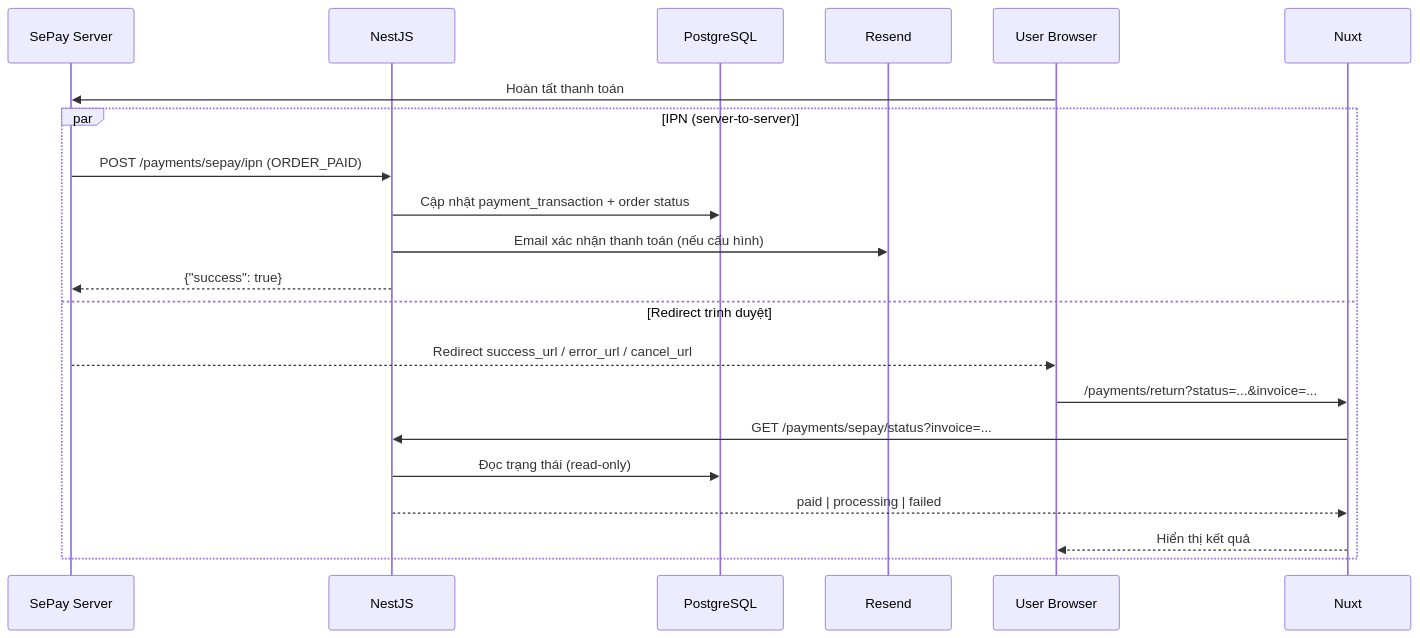
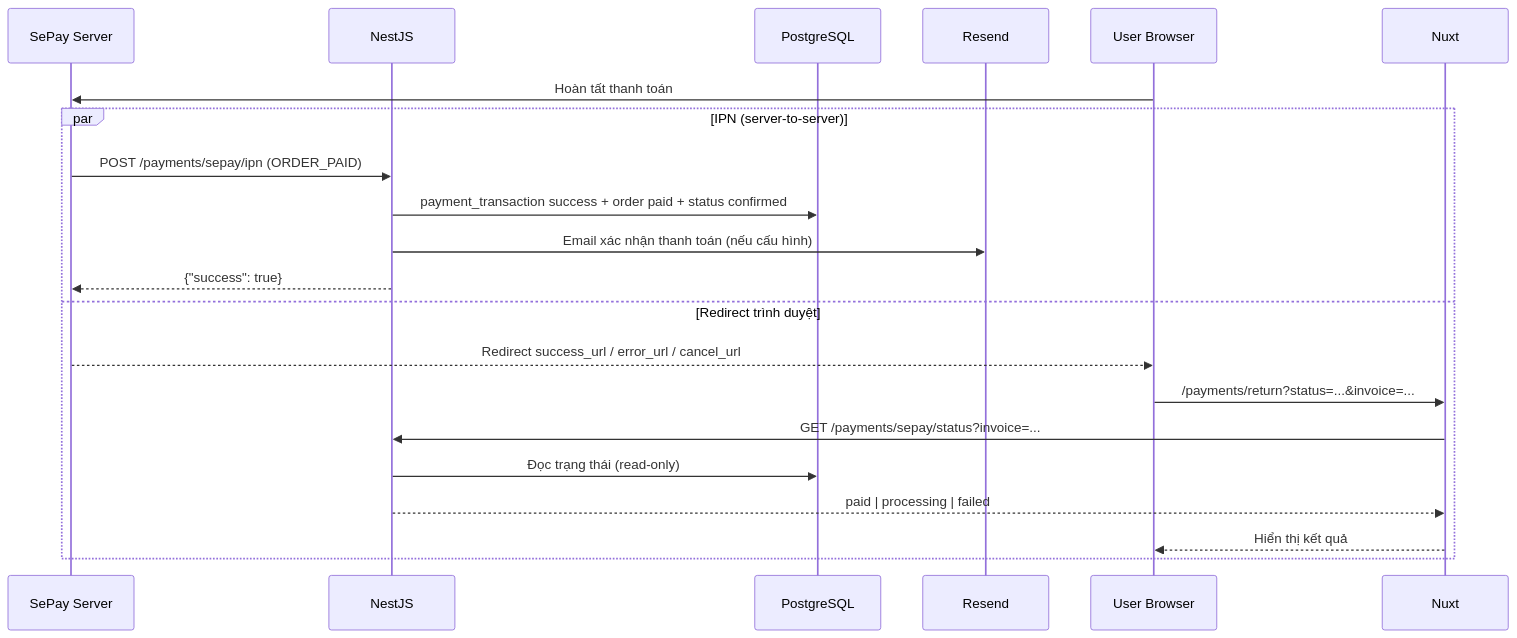
One commit to VTD4444/tech-shop changed the fourth of 5 diagrams in docs/FLOWS.md. Above: the diagram before and after it, drawn with Mermaid. The commit also changed 27 other files, not shown here.

````diff
--- a/docs/FLOWS.md
+++ b/docs/FLOWS.md
@@ -95,24 +95,24 @@
 ```mermaid
 sequenceDiagram
   participant S as SePay Server
   participant B as NestJS
   participant DB as PostgreSQL
   participant M as Resend
   participant U as User Browser
   participant F as Nuxt
 
   U->>S: Hoàn tất thanh toán
   par IPN (server-to-server)
     S->>B: POST /payments/sepay/ipn (ORDER_PAID)
-    B->>DB: Cập nhật payment_transaction + order status
+    B->>DB: payment_transaction success + order paid + status confirmed
     B->>M: Email xác nhận thanh toán (nếu cấu hình)
     B-->>S: {"success": true}
   and Redirect trình duyệt
     S-->>U: Redirect success_url / error_url / cancel_url
     U->>F: /payments/return?status=...&invoice=...
     F->>B: GET /payments/sepay/status?invoice=...
     B->>DB: Đọc trạng thái (read-only)
     B-->>F: paid | processing | failed
     F-->>U: Hiển thị kết quả
   end
 ```
````
